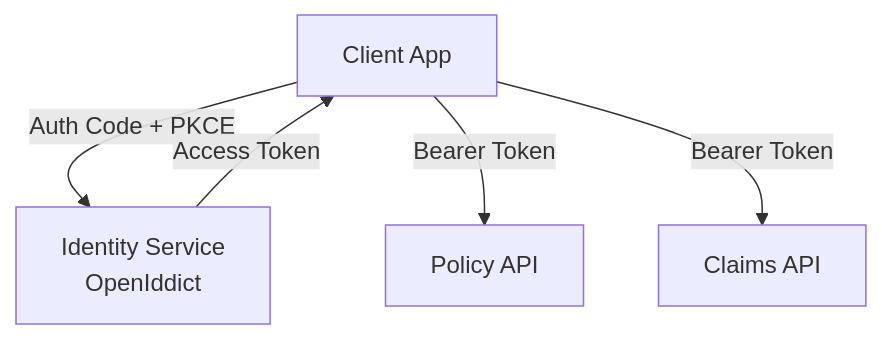
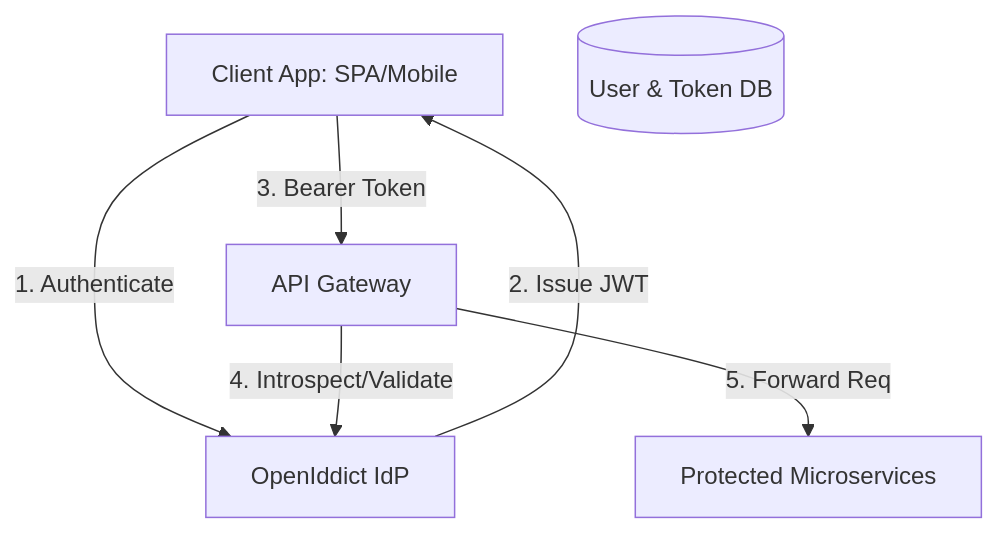
The first of 2 diagrams in _posts/2025-08-01-openiddict-integration.md (shameed/shameed.github.io), drawn with Mermaid before and after one commit. The commit also changed other lines of this file and 8 other files, not shown here.

````diff
--- a/_posts/2025-08-01-openiddict-integration.md
+++ b/_posts/2025-08-01-openiddict-integration.md
@@ -36,21 +22,14 @@
 ```mermaid
 graph TD
+    Client[Client App: SPA/Mobile]
+    Gateway[API Gateway]
+    OIDC[OpenIddict IdP]
+    DB[(User & Token DB)]
+    API[Protected Microservices]
 
-Client[Client App]
-
-Identity[Identity Service<br/>OpenIddict]
-
-API1[Policy API]
-
-API2[Claims API]
-
-  
-
-Client -->|Auth Code + PKCE| Identity
-
-Identity -->|Access Token| Client
-
-Client -->|Bearer Token| API1
-
-Client -->|Bearer Token| API2
+    Client -- "1. Authenticate" --> OIDC
+    OIDC -- "2. Issue JWT" --> Client
+    Client -- "3. Bearer Token" --> Gateway
+    Gateway -- "4. Introspect/Validate" --> OIDC
+    Gateway -- "5. Forward Req" --> API
 ```
````
